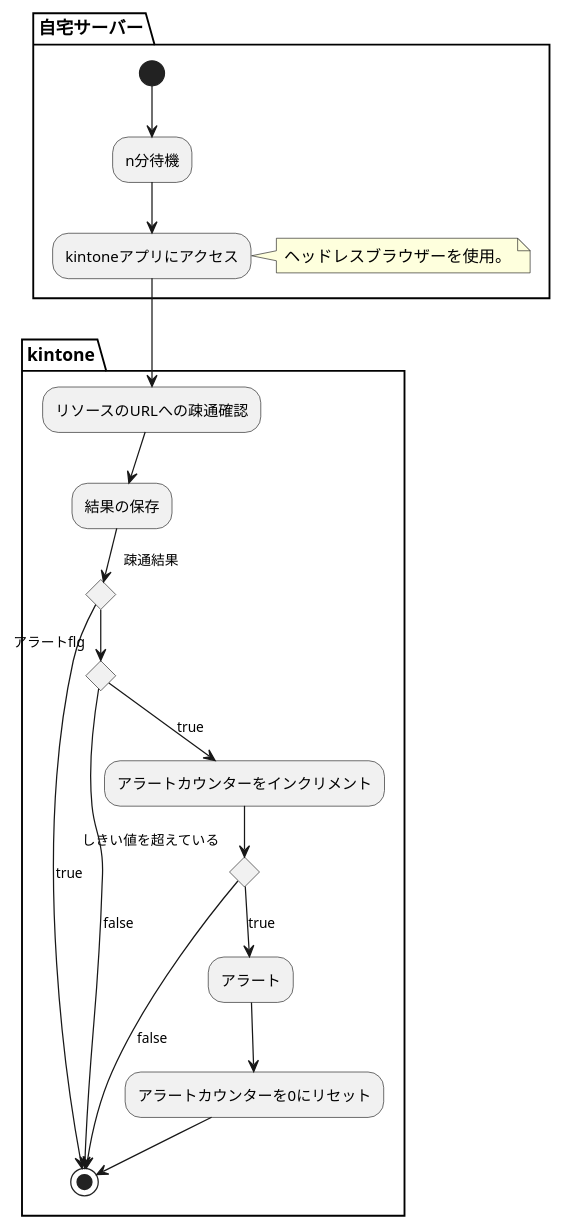
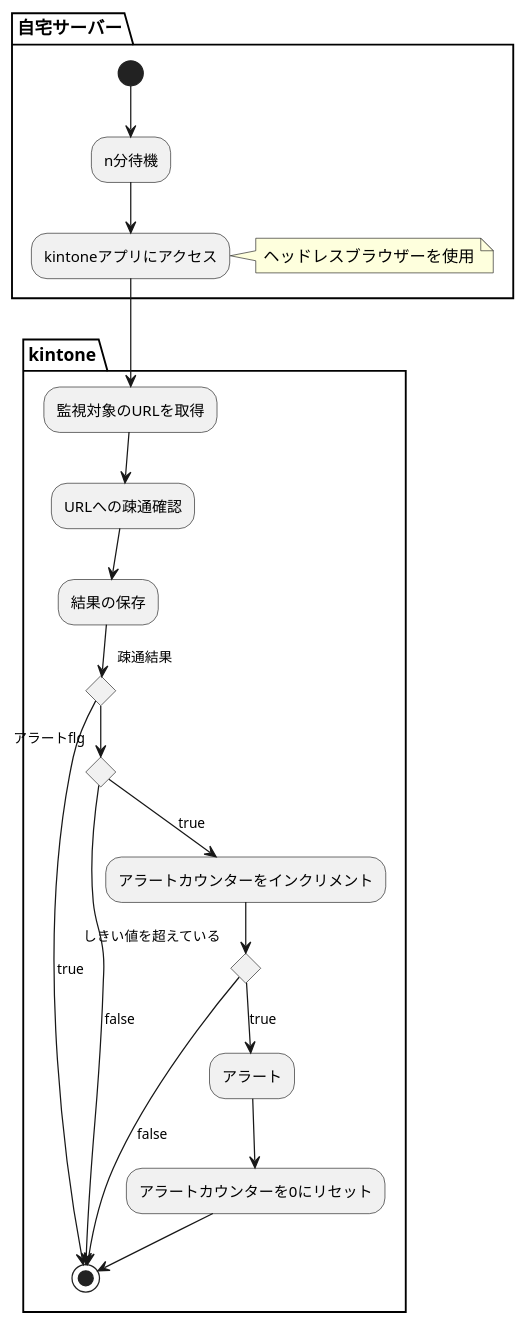
One commit to isotai/url_monitoring_by_kintone changed the diagram in activity.pu. Above: the diagram before and after it, drawn with PlantUML.

Commit message:
update activity uml

```diff
--- a/activity.pu
+++ b/activity.pu
@@ -1,28 +1,29 @@
 @startuml
 
 partition 自宅サーバー {
   (*) --> n分待機
   --> "kintoneアプリにアクセス"
-  note right : ヘッドレスブラウザーを使用。
+  note right : ヘッドレスブラウザーを使用
 }
 partition kintone {
-  "kintoneアプリにアクセス" --> "リソースのURLへの疎通確認"
+  "kintoneアプリにアクセス" --> "監視対象のURLを取得"
+  --> "URLへの疎通確認"
   --> "結果の保存"
   if "疎通結果" then
     -->[true] (*)
   else
     if "アラートflg" then
       -->[true] "アラートカウンターをインクリメント"
       if "しきい値を超えている" then
         --> [true] "アラート"
         --> "アラートカウンターを0にリセット"
         --> (*)
       else
         -->[false] (*)
       endif
     else
       -->[false] (*)
     endif
   endif
 }
 @enduml
```
